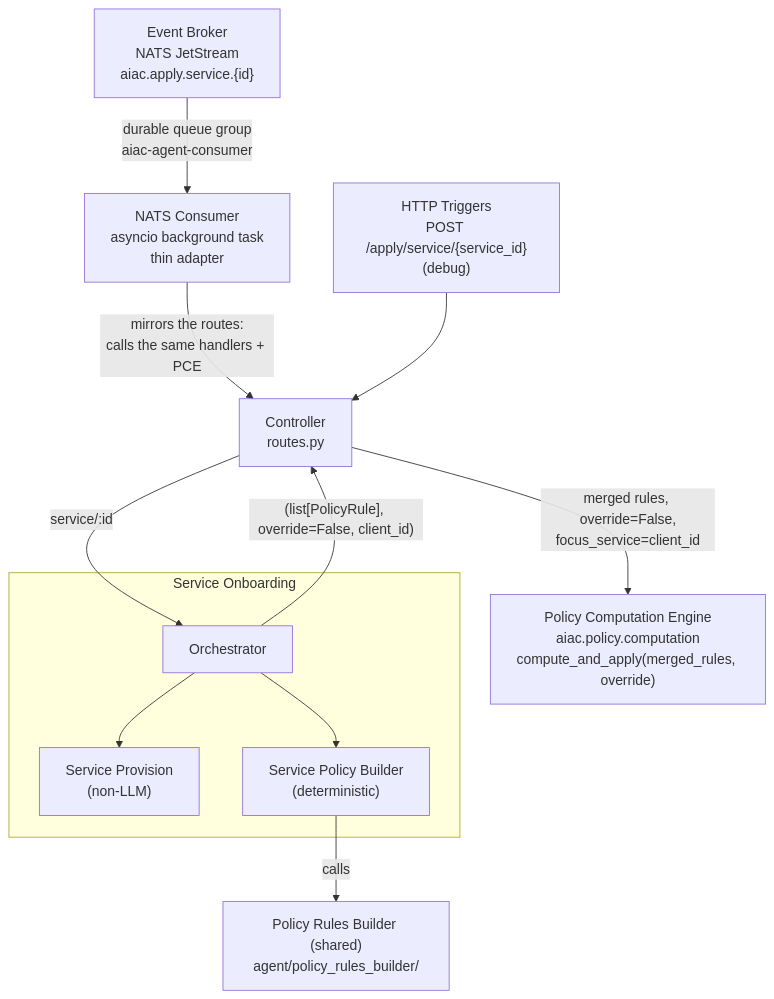
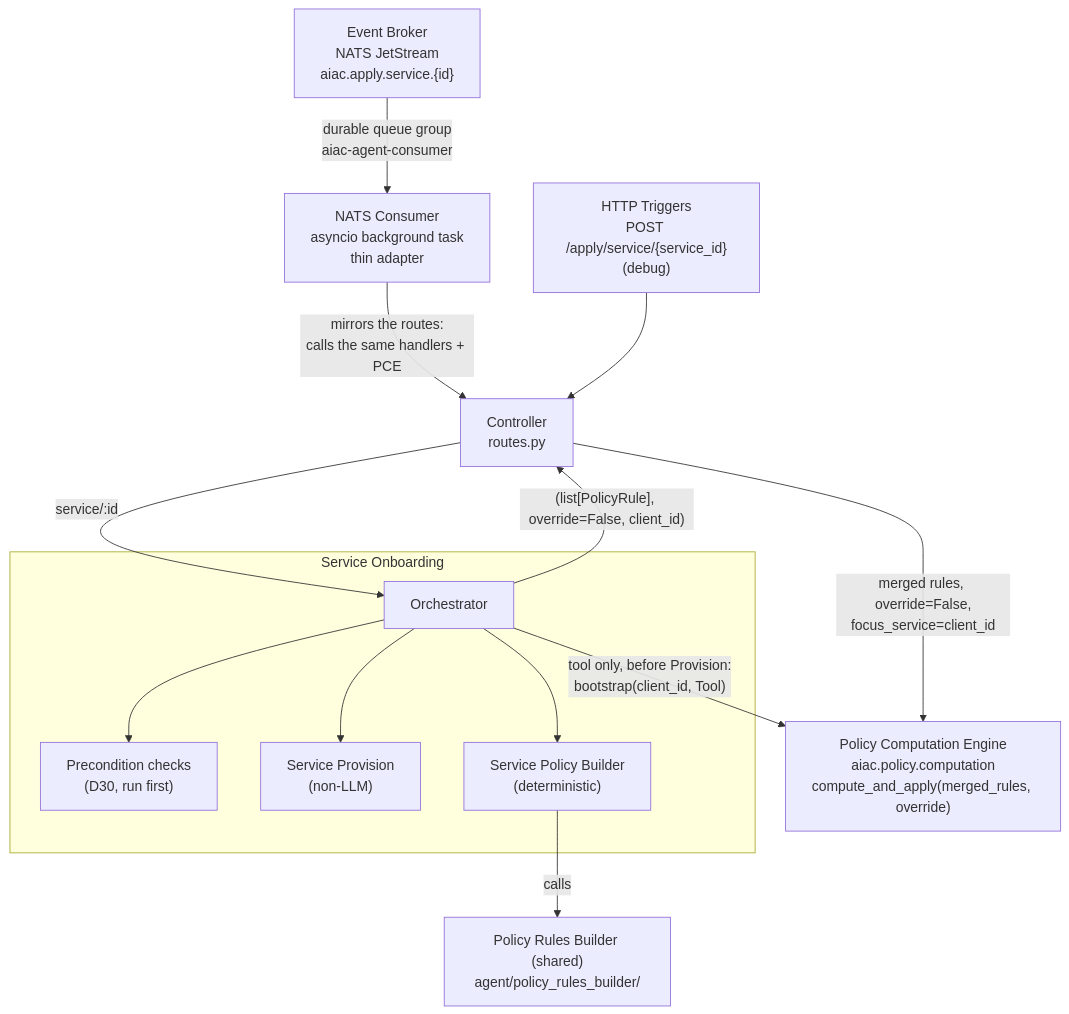
Before and after one commit to rossoctl/aiac: the diagram in docs/specs/components/aiac-agent/uc1-service-onboarding.md, drawn with Mermaid. The commit also changed other lines of this file and 16 other files, not shown here.

````diff
--- a/docs/specs/components/aiac-agent/uc1-service-onboarding.md
+++ b/docs/specs/components/aiac-agent/uc1-service-onboarding.md
@@ -23,27 +27,30 @@
 ```mermaid
 flowchart TD
     NATS["Event Broker\nNATS JetStream\naiac.apply.service.{id}"]
     NATS_CONSUMER["NATS Consumer\nasyncio background task\nthin adapter"]
     TRIGGERS["HTTP Triggers\nPOST /apply/service/{service_id}\n(debug)"]
     CTRL["Controller\nroutes.py"]
 
     NATS -->|"durable queue group\naiac-agent-consumer"| NATS_CONSUMER
     NATS_CONSUMER -->|"mirrors the routes:\ncalls the same handlers + PCE"| CTRL
     TRIGGERS --> CTRL
 
     subgraph CO["Service Onboarding"]
         ORC["Orchestrator"]
+        CHK["Precondition checks\n(D30, run first)"]
         SA_PROV["Service Provision\n(non-LLM)"]
         SA_POL["Service Policy Builder\n(deterministic)"]
+        ORC --> CHK
         ORC --> SA_PROV
         ORC --> SA_POL
     end
 
     PRB["Policy Rules Builder (shared)\nagent/policy_rules_builder/"]
     PCE["Policy Computation Engine\naiac.policy.computation\ncompute_and_apply(merged_rules, override)"]
 
     CTRL -->|"service/:id"| ORC
+    ORC -->|"tool only, before Provision:\nbootstrap(client_id, Tool)"| PCE
     SA_POL -->|"calls"| PRB
     ORC -->|"(list[PolicyRule], override=False, client_id)"| CTRL
     CTRL -->|"merged rules, override=False,\nfocus_service=client_id"| PCE
 ```
````
